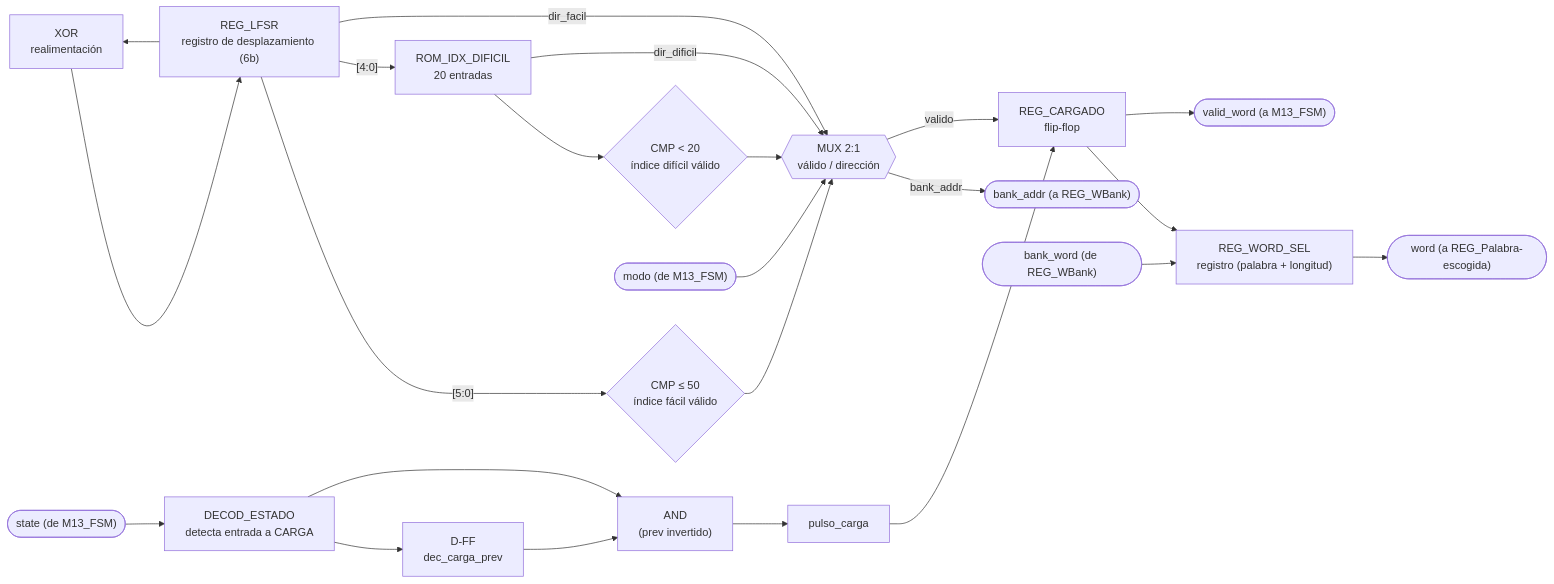
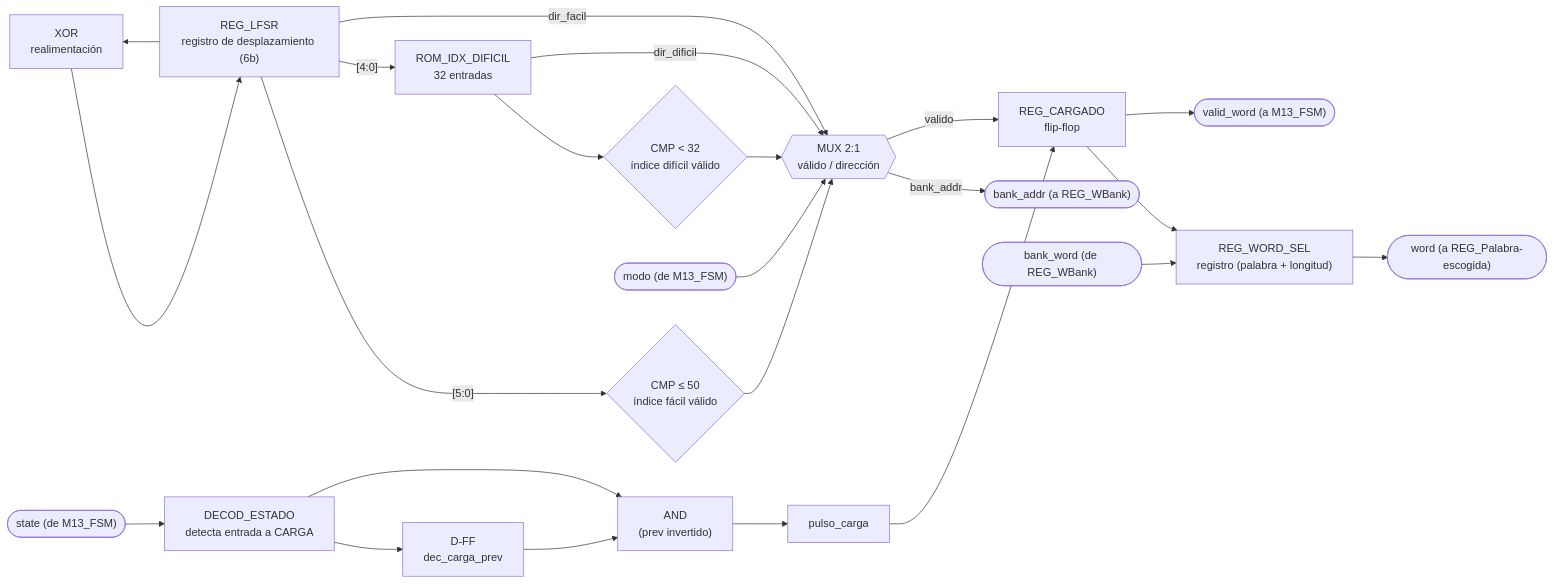
The first of 2 diagrams in docs/diseño/modulos/M08_LFSR.md (Taller-de-diseno-digital-GR01/Proyecto-2-Ahorcado), drawn with Mermaid before and after one commit. The commit also changed other lines of this file and 4 other files, not shown here.

````diff
--- a/docs/diseño/modulos/M08_LFSR.md
+++ b/docs/diseño/modulos/M08_LFSR.md
@@ -9,30 +9,30 @@
 ```mermaid
 flowchart LR
     XOR_FB["XOR<br/>realimentación"] --> REG_LFSR["REG_LFSR<br/>registro de desplazamiento (6b)"]
     REG_LFSR --> XOR_FB
 
     IN_STATE(["state (de M13_FSM)"]) --> DEC_ST["DECOD_ESTADO<br/>detecta entrada a CARGA"]
     DEC_ST --> DPREV["D-FF<br/>dec_carga_prev"]
     DEC_ST --> ANDP["AND<br/>(prev invertido)"]
     DPREV --> ANDP
     ANDP --> PULSO["pulso_carga"]
 
     REG_LFSR -->|"[5:0]"| CMPF{"CMP ≤ 50<br/>índice fácil válido"}
-    REG_LFSR -->|"[4:0]"| ROMD["ROM_IDX_DIFICIL<br/>20 entradas"]
-    ROMD --> CMPD{"CMP < 20<br/>índice difícil válido"}
+    REG_LFSR -->|"[4:0]"| ROMD["ROM_IDX_DIFICIL<br/>32 entradas"]
+    ROMD --> CMPD{"CMP < 32<br/>índice difícil válido"}
 
     IN_MODO(["modo (de M13_FSM)"]) --> MUXV{{"MUX 2:1<br/>válido / dirección"}}
     CMPF --> MUXV
     CMPD --> MUXV
     REG_LFSR -->|"dir_facil"| MUXV
     ROMD -->|"dir_dificil"| MUXV
 
     MUXV -->|"bank_addr"| OUT_ADDR(["bank_addr (a REG_WBank)"])
     PULSO --> REGCARG["REG_CARGADO<br/>flip-flop"]
     MUXV -->|"valido"| REGCARG
 
     IN_BANK(["bank_word (de REG_WBank)"]) --> REG_SEL["REG_WORD_SEL<br/>registro (palabra + longitud)"]
     REGCARG --> REG_SEL
     REG_SEL --> OUT_WORD(["word (a REG_Palabra-escogida)"])
     REGCARG --> OUT_VALID(["valid_word (a M13_FSM)"])
 ```
````
